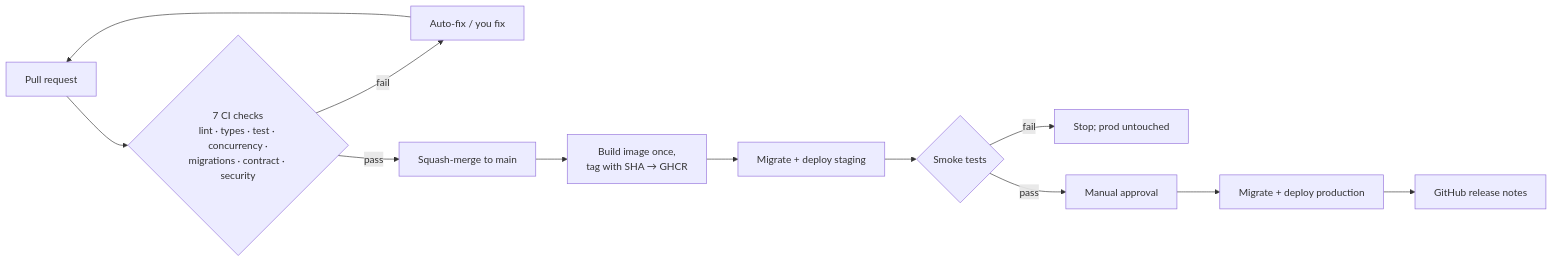
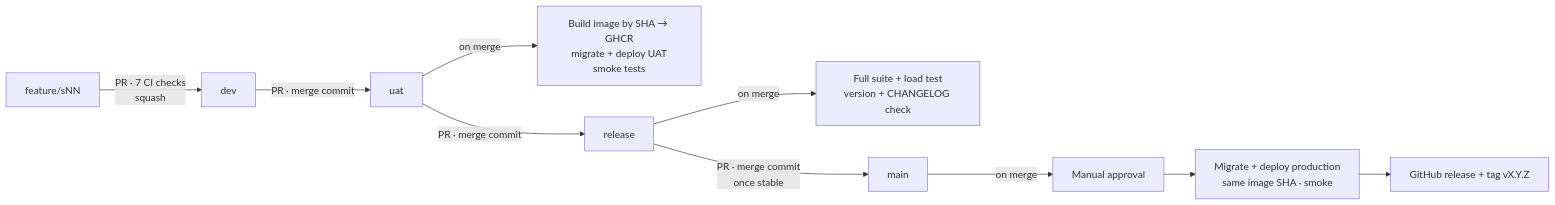
One commit to kartik8904/slotline changed the ninth of 9 diagrams in docs/architecture.md. Above: the diagram before and after it, drawn with Mermaid. The commit also changed other lines of this file and 21 other files, not shown here.

First line of the commit message:
chore: organise repo and add branch flow

````diff
--- a/docs/architecture.md
+++ b/docs/architecture.md
@@ -285,14 +287,12 @@
 ```mermaid
 flowchart LR
-  PR[Pull request] --> CI{7 CI checks<br/>lint · types · test · concurrency ·<br/>migrations · contract · security}
-  CI -- fail --> FIX[Auto-fix / you fix]
-  FIX --> PR
-  CI -- pass --> MERGE[Squash-merge to main]
-  MERGE --> IMG[Build image once,<br/>tag with SHA → GHCR]
-  IMG --> STG[Migrate + deploy staging]
-  STG --> SMK{Smoke tests}
-  SMK -- fail --> STOP[Stop; prod untouched]
-  SMK -- pass --> APR[Manual approval]
-  APR --> PROD[Migrate + deploy production]
-  PROD --> REL[GitHub release notes]
+  F[feature/sNN] -- "PR · 7 CI checks<br/>squash" --> D[dev]
+  D -- "PR · merge commit" --> U[uat]
+  U -- on merge --> UD[Build image by SHA → GHCR<br/>migrate + deploy UAT<br/>smoke tests]
+  U -- "PR · merge commit" --> R[release]
+  R -- on merge --> RC[Full suite + load test<br/>version + CHANGELOG check]
+  R -- "PR · merge commit<br/>once stable" --> M[main]
+  M -- on merge --> AP[Manual approval]
+  AP --> PD[Migrate + deploy production<br/>same image SHA · smoke]
+  PD --> TG[GitHub release + tag vX.Y.Z]
 ```
````
